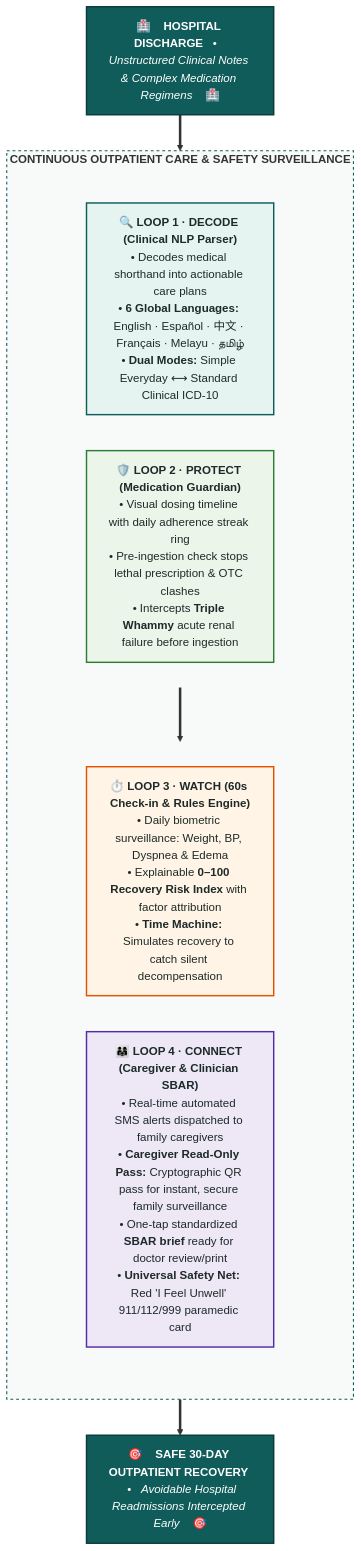
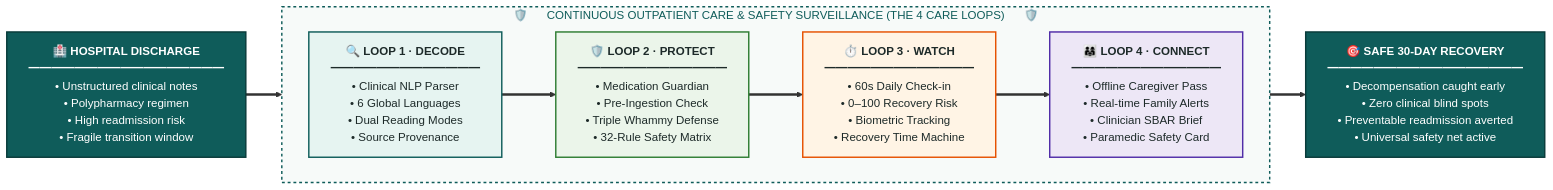
Before and after one commit to ShaunJee/CareLoop: the diagram in README.md, drawn with Mermaid. The commit also changed other lines of this file, not shown here.

Commit message:
docs: fix thin mermaid flowchart with wide horizontal continuous care pipeline and update documentation

````diff
--- a/README.md
+++ b/README.md
@@ -43,34 +44,28 @@
 ```mermaid
-flowchart TD
-    Discharge["🏥 &nbsp;&nbsp; <b>HOSPITAL DISCHARGE</b> &nbsp;&nbsp;•&nbsp;&nbsp; <i>Unstructured Clinical Notes & Complex Medication Regimens</i> &nbsp;&nbsp; 🏥"]
+flowchart LR
+    Discharge["🏥 <b>HOSPITAL DISCHARGE</b><br/>━━━━━━━━━━━━━━━━━<br/>• Unstructured clinical notes<br/>• Polypharmacy regimen<br/>• High readmission risk<br/>• Fragile transition window"]
 
-    subgraph CareLoops ["<b>CONTINUOUS OUTPATIENT CARE & SAFETY SURVEILLANCE</b>"]
-        direction TB
-        subgraph Row1 [" "]
-            direction LR
-            L1["🔍 <b>LOOP 1 · DECODE (Clinical NLP Parser)</b><br/>• Decodes medical shorthand into actionable care plans<br/>• <b>6 Global Languages:</b> English · Español · 中文 · Français · Melayu · தமிழ்<br/>• <b>Dual Modes:</b> Simple Everyday ⟷ Standard Clinical ICD-10"]
-            L2["🛡️ <b>LOOP 2 · PROTECT (Medication Guardian)</b><br/>• Visual dosing timeline with daily adherence streak ring<br/>• Pre-ingestion check stops lethal prescription & OTC clashes<br/>• Intercepts <b>Triple Whammy</b> acute renal failure before ingestion"]
-        end
-        subgraph Row2 [" "]
-            direction LR
-            L3["⏱️ <b>LOOP 3 · WATCH (60s Check-in & Rules Engine)</b><br/>• Daily biometric surveillance: Weight, BP, Dyspnea & Edema<br/>• Explainable <b>0–100 Recovery Risk Index</b> with factor attribution<br/>• <b>Time Machine:</b> Simulates recovery to catch silent decompensation"]
-            L4["👨‍👩‍👧 <b>LOOP 4 · CONNECT (Caregiver & Clinician SBAR)</b><br/>• Real-time automated SMS alerts dispatched to family caregivers<br/>• <b>Caregiver Read-Only Pass:</b> Cryptographic QR pass for instant, secure family surveillance<br/>• One-tap standardized <b>SBAR brief</b> ready for doctor review/print<br/>• <b>Universal Safety Net:</b> Red 'I Feel Unwell' 911/112/999 paramedic card"]
-        end
-        Row1 ==> Row2
+    subgraph CareLoops ["🛡️ &nbsp;&nbsp;&nbsp;&nbsp; CONTINUOUS OUTPATIENT CARE & SAFETY SURVEILLANCE (THE 4 CARE LOOPS) &nbsp;&nbsp;&nbsp;&nbsp; 🛡️"]
+        direction LR
+        L1["🔍 <b>LOOP 1 · DECODE</b><br/>━━━━━━━━━━━━━<br/>• Clinical NLP Parser<br/>• 6 Global Languages<br/>• Dual Reading Modes<br/>• Source Provenance"]
+        ==>
+        L2["🛡️ <b>LOOP 2 · PROTECT</b><br/>━━━━━━━━━━━━━<br/>• Medication Guardian<br/>• Pre-Ingestion Check<br/>• Triple Whammy Defense<br/>• 32-Rule Safety Matrix"]
+        ==>
+        L3["⏱️ <b>LOOP 3 · WATCH</b><br/>━━━━━━━━━━━━━<br/>• 60s Daily Check-in<br/>• 0–100 Recovery Risk<br/>• Biometric Tracking<br/>• Recovery Time Machine"]
+        ==>
+        L4["👨‍👩‍👧 <b>LOOP 4 · CONNECT</b><br/>━━━━━━━━━━━━━<br/>• Offline Caregiver Pass<br/>• Real-time Family Alerts<br/>• Clinician SBAR Brief<br/>• Paramedic Safety Card"]
     end
 
-    Outcome["🎯 &nbsp;&nbsp; <b>SAFE 30-DAY OUTPATIENT RECOVERY</b> &nbsp;&nbsp;•&nbsp;&nbsp; <i>Avoidable Hospital Readmissions Intercepted Early</i> &nbsp;&nbsp; 🎯"]
+    Outcome["🎯 <b>SAFE 30-DAY RECOVERY</b><br/>━━━━━━━━━━━━━━━━━<br/>• Decompensation caught early<br/>• Zero clinical blind spots<br/>• Preventable readmission averted<br/>• Universal safety net active"]
 
-    Discharge ==> Row1
-    Row2 ==> Outcome
+    Discharge ==> CareLoops
+    CareLoops ==> Outcome
 
     style Discharge fill:#0F5C5A,stroke:#093B3A,stroke-width:2px,color:#FFFFFF
     style Outcome fill:#0F5C5A,stroke:#093B3A,stroke-width:2px,color:#FFFFFF
-    style CareLoops fill:#F7FAF9,stroke:#0F5C5A,stroke-width:1.5px,stroke-dasharray: 4 4
-    style Row1 fill:transparent,stroke:transparent
-    style Row2 fill:transparent,stroke:transparent
+    style CareLoops fill:#F7FAF9,stroke:#0F5C5A,stroke-width:2px,stroke-dasharray: 4 4,color:#0F5C5A
     style L1 fill:#E6F4F1,stroke:#0F5C5A,stroke-width:2px,color:#1D2A29
     style L2 fill:#EBF5EA,stroke:#2E7D32,stroke-width:2px,color:#1D2A29
     style L3 fill:#FFF4E5,stroke:#E65100,stroke-width:2px,color:#1D2A29
     style L4 fill:#EDE7F6,stroke:#512DA8,stroke-width:2px,color:#1D2A29
 ```
````
